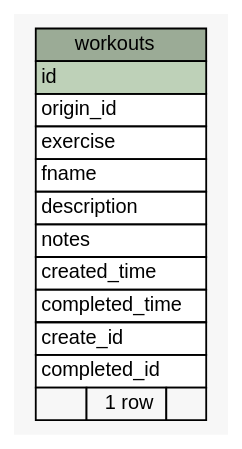
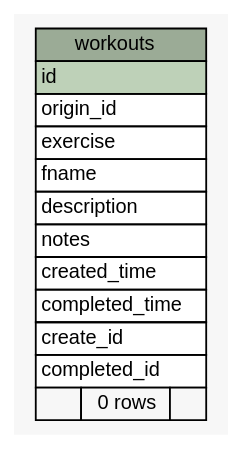
Before and after one commit to btv/DED_backend: the diagram in dbDocs/diagrams/summary/workouts.1degree.dot, drawn with Graphviz. The commit also changed 23 other files, not shown here.

```diff
--- a/dbDocs/diagrams/summary/workouts.1degree.dot
+++ b/dbDocs/diagrams/summary/workouts.1degree.dot
@@ -1,39 +1,39 @@
 // dot 2.42.3 on Mac OS X 10.15.4
 // SchemaSpy rev 590
 digraph "workouts" {
   graph [
     rankdir="RL"
     bgcolor="#f7f7f7"
     nodesep="0.18"
     ranksep="0.46"
     fontname="Helvetica"
     fontsize="11"
   ];
   node [
     fontname="Helvetica"
     fontsize="11"
     shape="plaintext"
   ];
   edge [
     arrowsize="0.8"
   ];
   "workouts" [
     label=<
     <TABLE BORDER="0" CELLBORDER="1" CELLSPACING="0" BGCOLOR="#ffffff">
       <TR><TD COLSPAN="3" BGCOLOR="#9bab96" ALIGN="CENTER">workouts</TD></TR>
       <TR><TD PORT="id" COLSPAN="3" BGCOLOR="#bed1b8" ALIGN="LEFT">id</TD></TR>
       <TR><TD PORT="origin_id" COLSPAN="3" ALIGN="LEFT">origin_id</TD></TR>
       <TR><TD PORT="exercise" COLSPAN="3" ALIGN="LEFT">exercise</TD></TR>
       <TR><TD PORT="fname" COLSPAN="3" ALIGN="LEFT">fname</TD></TR>
       <TR><TD PORT="description" COLSPAN="3" ALIGN="LEFT">description</TD></TR>
       <TR><TD PORT="notes" COLSPAN="3" ALIGN="LEFT">notes</TD></TR>
       <TR><TD PORT="created_time" COLSPAN="3" ALIGN="LEFT">created_time</TD></TR>
       <TR><TD PORT="completed_time" COLSPAN="3" ALIGN="LEFT">completed_time</TD></TR>
       <TR><TD PORT="create_id" COLSPAN="3" ALIGN="LEFT">create_id</TD></TR>
       <TR><TD PORT="completed_id" COLSPAN="3" ALIGN="LEFT">completed_id</TD></TR>
-      <TR><TD ALIGN="LEFT" BGCOLOR="#f7f7f7">  </TD><TD ALIGN="RIGHT" BGCOLOR="#f7f7f7">1 row</TD><TD ALIGN="RIGHT" BGCOLOR="#f7f7f7">  </TD></TR>
+      <TR><TD ALIGN="LEFT" BGCOLOR="#f7f7f7">  </TD><TD ALIGN="RIGHT" BGCOLOR="#f7f7f7">0 rows</TD><TD ALIGN="RIGHT" BGCOLOR="#f7f7f7">  </TD></TR>
     </TABLE>>
     URL="tables/workouts.html"
     tooltip="workouts"
   ];
 }
```
